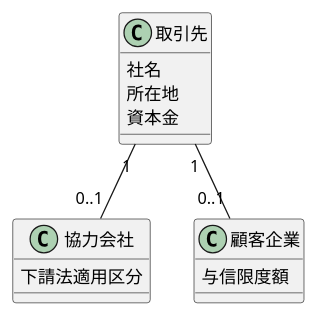
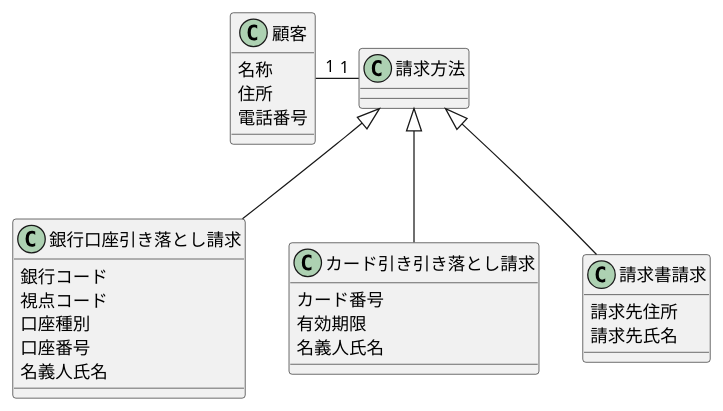
Before and after one commit to yinm/uml-modeling-lesson: the diagram in ch03/sample.puml, drawn with PlantUML.

Commit message:
Add lesson8

```diff
--- a/ch03/sample.puml
+++ b/ch03/sample.puml
@@ -1,20 +1,36 @@
 @startuml
 
-class 取引先 {
-  社名
-  所在地
-  資本金
+class 顧客 {
+  名称
+  住所
+  電話番号
 }
 
-class 協力会社 {
-  下請法適用区分
+class 請求方法 {
 }
 
-class 顧客企業 {
-  与信限度額
+class 銀行口座引き落とし請求 {
+  銀行コード
+  視点コード
+  口座種別
+  口座番号
+  名義人氏名
 }
 
-取引先 "1"--"0..1" 協力会社
-取引先 "1"--"0..1" 顧客企業
+class カード引き引き落とし請求 {
+  カード番号
+  有効期限
+  名義人氏名
+}
+
+class 請求書請求 {
+  請求先住所
+  請求先氏名
+}
+
+顧客 "1"-ri-"1" 請求方法
+請求方法 <|-- 銀行口座引き落とし請求
+請求方法 <|-- カード引き引き落とし請求
+請求方法 <|-- 請求書請求
 
 @enduml
```
